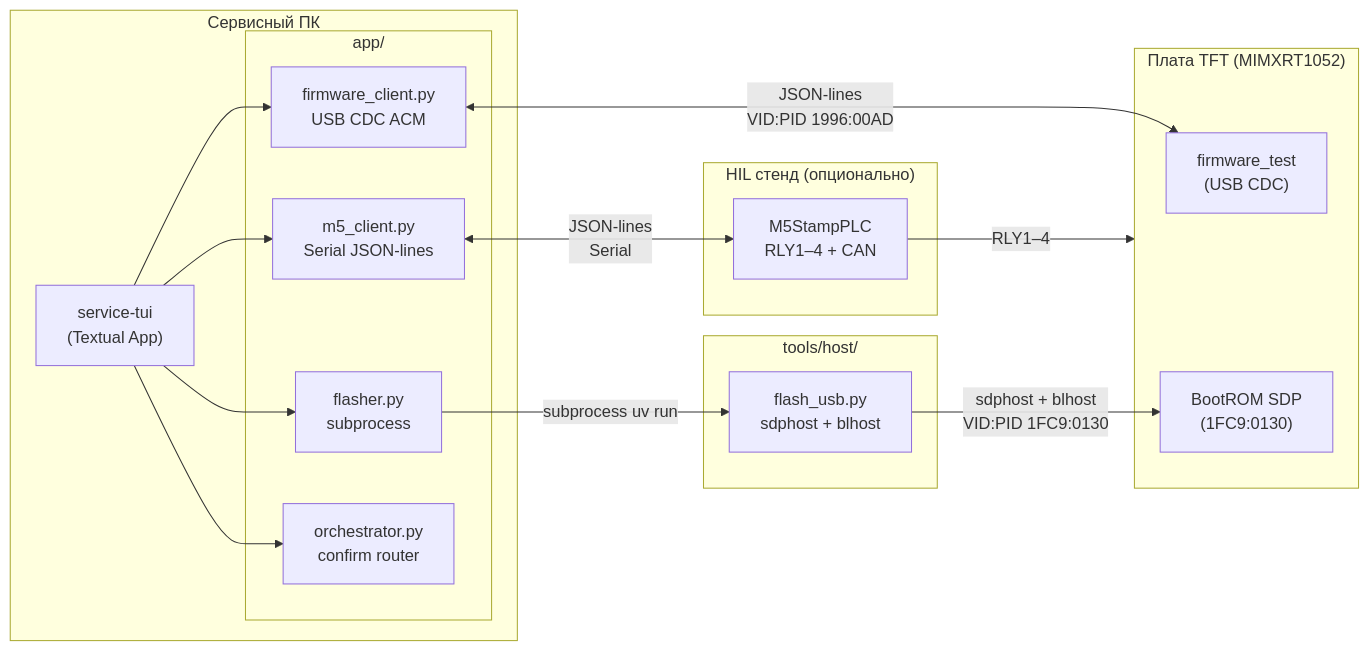
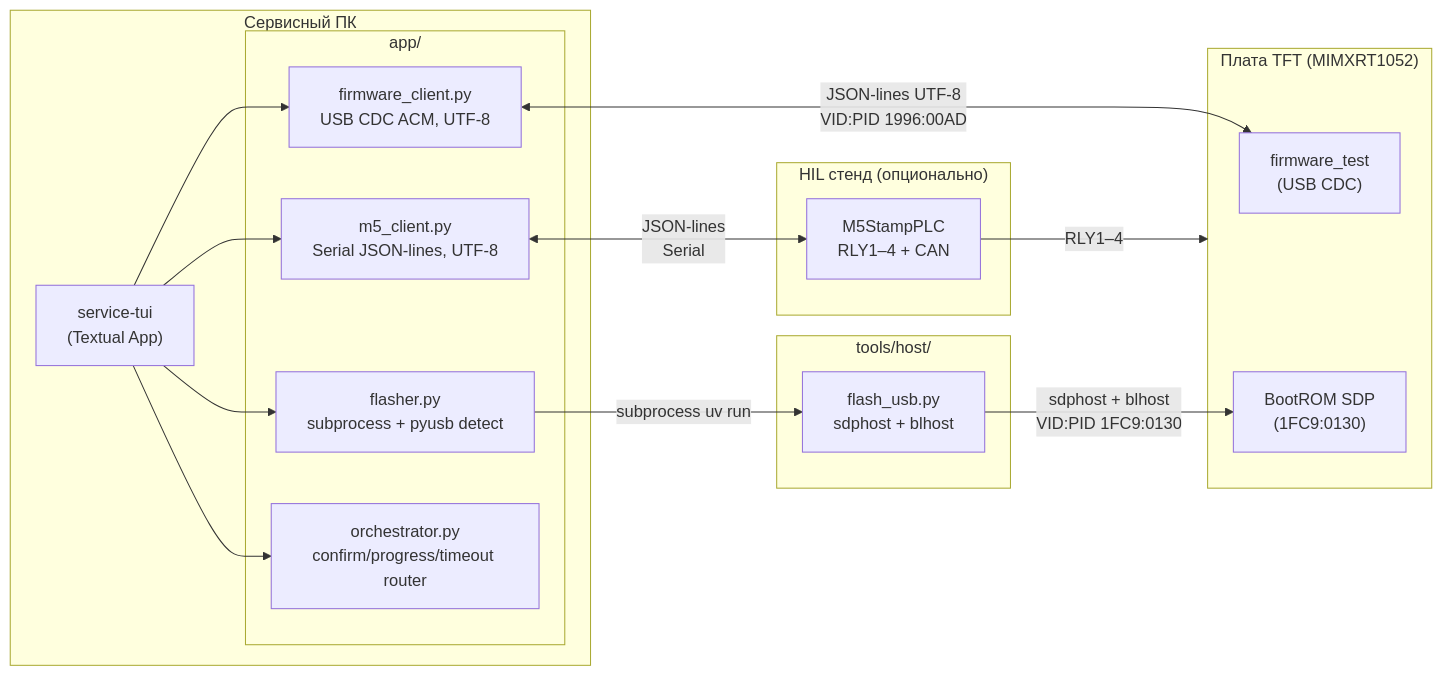
One commit to OSabuser/tft_manufacture_test changed the first of 5 diagrams in tools/production/README.md. Above: the diagram before and after it, drawn with Mermaid. The commit also changed other lines of this file and 2 other files, not shown here.

Commit message:
# firmware_test: TUI app m5_client fixed

````diff
--- a/tools/production/README.md
+++ b/tools/production/README.md
@@ -41,32 +43,32 @@
 ```mermaid
 graph LR
     subgraph PC["Сервисный ПК"]
         TUI["service-tui\n(Textual App)"]
         subgraph app["app/"]
-            FC["firmware_client.py\nUSB CDC ACM"]
-            M5["m5_client.py\nSerial JSON-lines"]
-            FL["flasher.py\nsubprocess"]
-            OR["orchestrator.py\nconfirm router"]
+            FC["firmware_client.py\nUSB CDC ACM, UTF-8"]
+            M5["m5_client.py\nSerial JSON-lines, UTF-8"]
+            FL["flasher.py\nsubprocess + pyusb detect"]
+            OR["orchestrator.py\nconfirm/progress/timeout router"]
         end
         TUI --> FC & M5 & FL & OR
     end
 
     subgraph Board["Плата TFT (MIMXRT1052)"]
         FW["firmware_test\n(USB CDC)"]
         ROM["BootROM SDP\n(1FC9:0130)"]
     end
 
     subgraph HIL["HIL стенд (опционально)"]
         M5HW["M5StampPLC\nRLY1–4 + CAN"]
     end
 
     subgraph Host["tools/host/"]
         FU["flash_usb.py\nsdphost + blhost"]
     end
 
-    FC   <-->|"JSON-lines\nVID:PID 1996:00AD"| FW
+    FC   <-->|"JSON-lines UTF-8\nVID:PID 1996:00AD"| FW
     FL    -->|"subprocess uv run"| FU
     FU    -->|"sdphost + blhost\nVID:PID 1FC9:0130"| ROM
     M5   <-->|"JSON-lines\nSerial"| M5HW
     M5HW  -->|"RLY1–4"| Board
 ```
````
